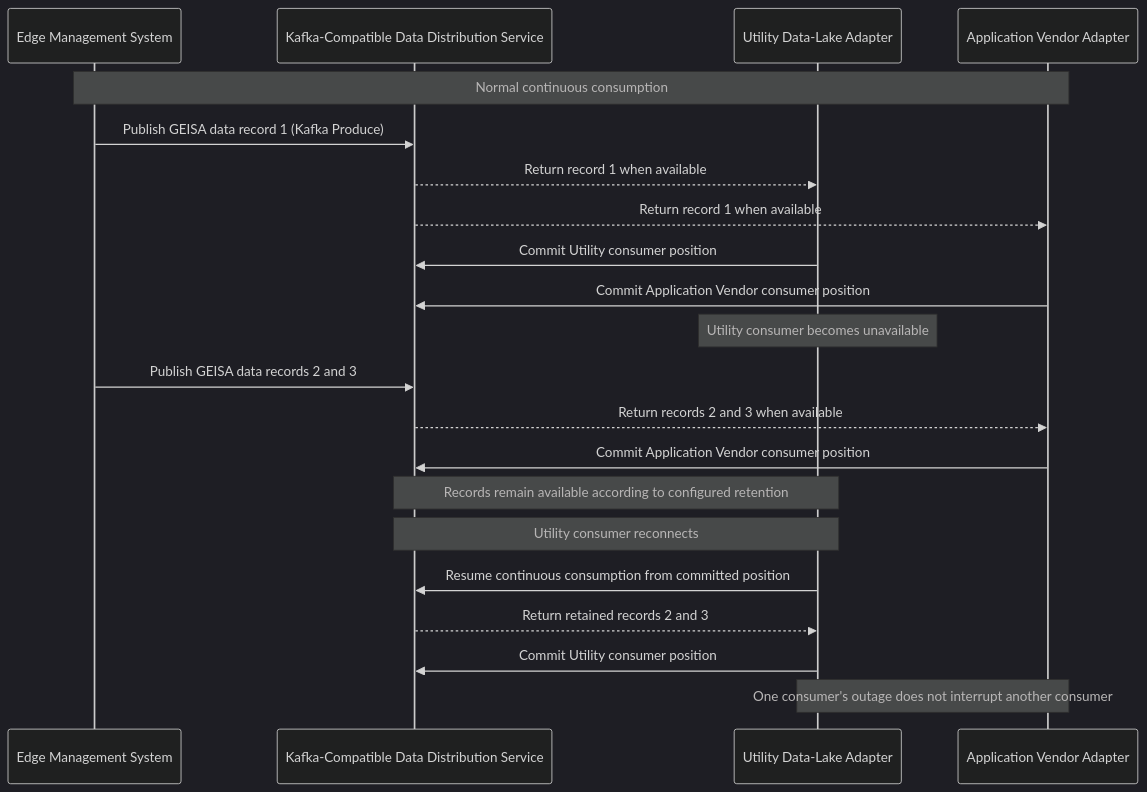
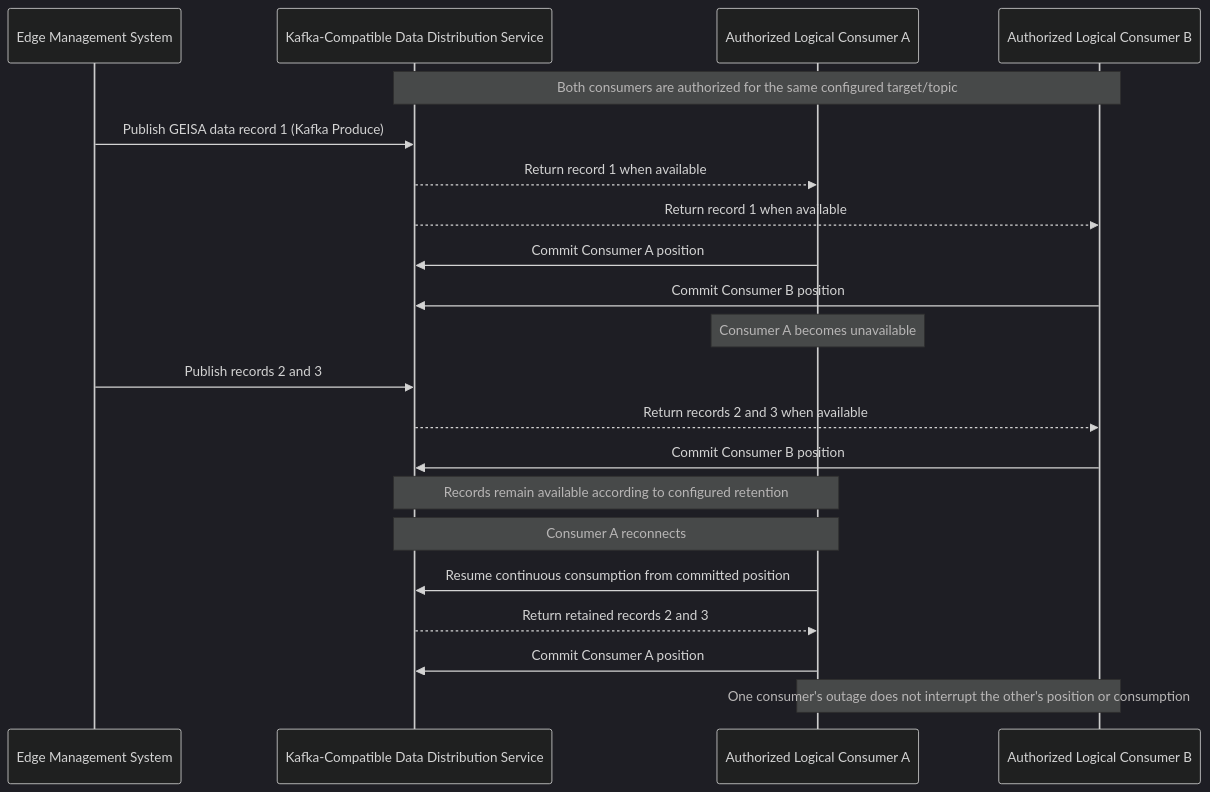
Before and after one commit to geisa/specification: the diagram in source/adm/data-distribution-consumer-outage-recovery.mermaid, drawn with Mermaid (dark theme). The commit also changed 21 other files, not shown here.

```diff
--- a/source/adm/data-distribution-consumer-outage-recovery.mermaid
+++ b/source/adm/data-distribution-consumer-outage-recovery.mermaid
@@ -1,25 +1,25 @@
 sequenceDiagram
     participant E as Edge Management System
     participant K as Kafka-Compatible Data Distribution Service
-    participant U as Utility Data-Lake Adapter
-    participant V as Application Vendor Adapter
+    participant U as Authorized Logical Consumer A
+    participant V as Authorized Logical Consumer B
 
-    Note over E,V: Normal continuous consumption
+    Note over K,V: Both consumers are authorized for the same configured target/topic
     E->>K: Publish GEISA data record 1 (Kafka Produce)
     K-->>U: Return record 1 when available
     K-->>V: Return record 1 when available
-    U->>K: Commit Utility consumer position
-    V->>K: Commit Application Vendor consumer position
+    U->>K: Commit Consumer A position
+    V->>K: Commit Consumer B position
 
-    Note over U,U: Utility consumer becomes unavailable
-    E->>K: Publish GEISA data records 2 and 3
+    Note over U,U: Consumer A becomes unavailable
+    E->>K: Publish records 2 and 3
     K-->>V: Return records 2 and 3 when available
-    V->>K: Commit Application Vendor consumer position
+    V->>K: Commit Consumer B position
     Note over K,U: Records remain available according to configured retention
 
-    Note over U,K: Utility consumer reconnects
+    Note over U,K: Consumer A reconnects
     U->>K: Resume continuous consumption from committed position
     K-->>U: Return retained records 2 and 3
-    U->>K: Commit Utility consumer position
+    U->>K: Commit Consumer A position
 
-    Note over U,V: One consumer's outage does not interrupt another consumer
+    Note over U,V: One consumer's outage does not interrupt the other's position or consumption
```
